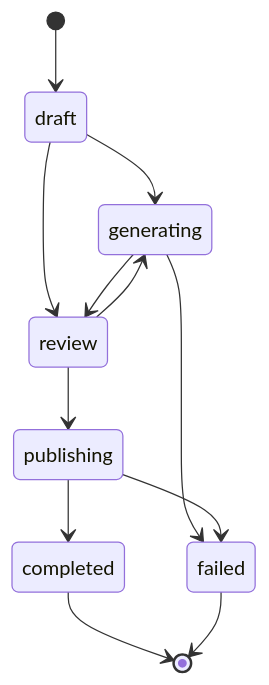
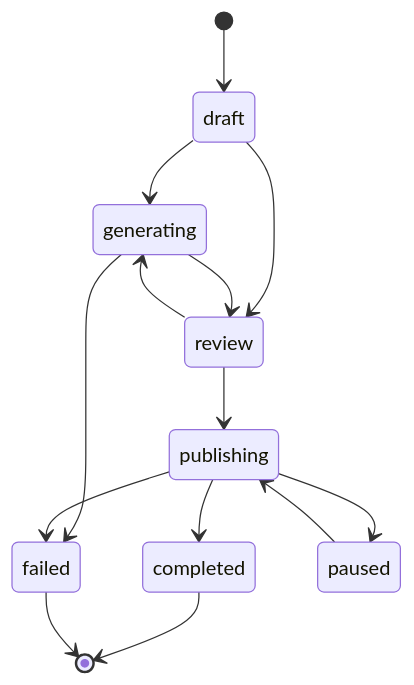
Before and after one commit to S1LV3RJ1NX/superHype: the sixth of 7 diagrams in docs/ARCHITECTURE.md, drawn with Mermaid. The commit also changed other lines of this file and 1 other file, not shown here.

````diff
--- a/docs/ARCHITECTURE.md
+++ b/docs/ARCHITECTURE.md
@@ -358,14 +373,16 @@
 ```mermaid
 stateDiagram-v2
     [*] --> draft
     draft --> generating
     draft --> review
     generating --> review
     generating --> failed
     review --> generating
     review --> publishing
     publishing --> completed
     publishing --> failed
+    publishing --> paused
+    paused --> publishing
     completed --> [*]
     failed --> [*]
 ```
````
